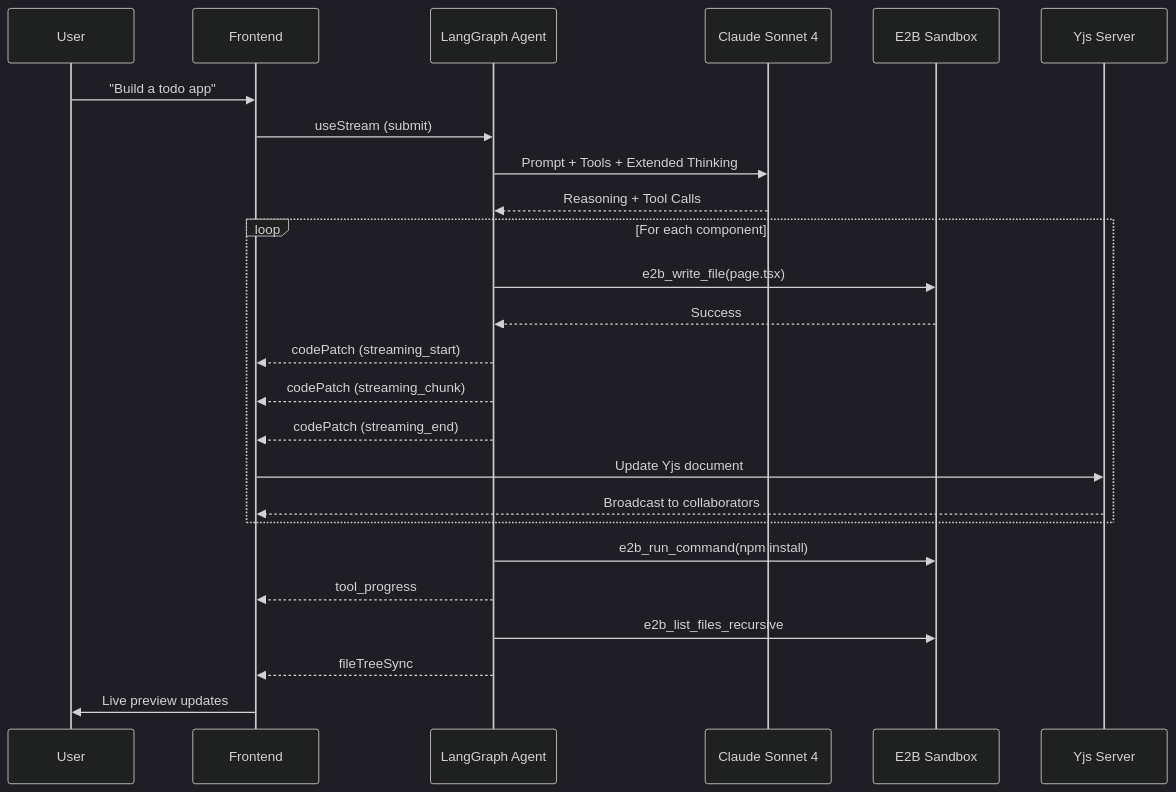
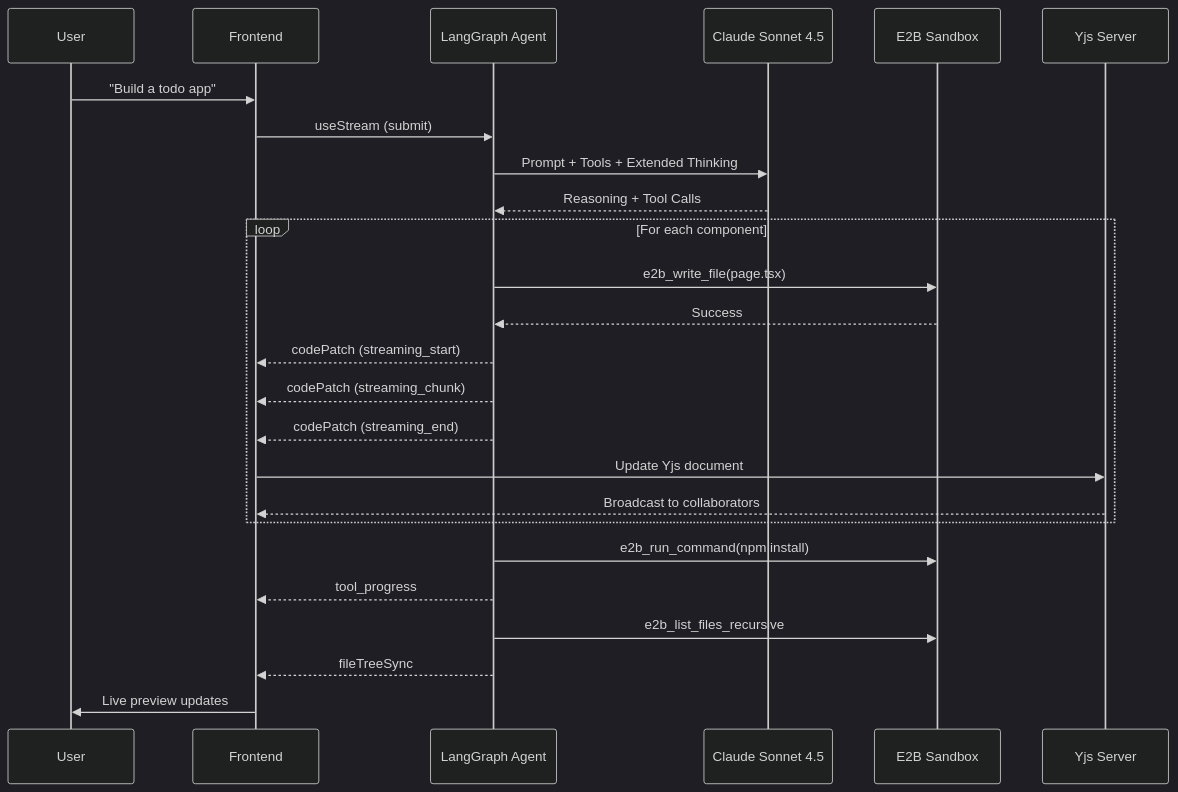
The second of 4 diagrams in README.md (kaifcoder/codevibe), drawn with Mermaid (dark theme) before and after one commit. The commit also changed other lines of this file, not shown here.

Commit message:
fix(README): update Claude version and enhance feature descriptions for clarity

````diff
--- a/README.md
+++ b/README.md
@@ -74,30 +78,30 @@
 ```mermaid
 sequenceDiagram
     participant U as User
     participant F as Frontend
     participant A as LangGraph Agent
-    participant C as Claude Sonnet 4
+    participant C as Claude Sonnet 4.5
     participant S as E2B Sandbox
     participant Y as Yjs Server
 
     U->>F: "Build a todo app"
     F->>A: useStream (submit)
     A->>C: Prompt + Tools + Extended Thinking
     C-->>A: Reasoning + Tool Calls
 
     loop For each component
         A->>S: e2b_write_file(page.tsx)
         S-->>A: Success
         A-->>F: codePatch (streaming_start)
         A-->>F: codePatch (streaming_chunk)
         A-->>F: codePatch (streaming_end)
         F->>Y: Update Yjs document
         Y-->>F: Broadcast to collaborators
     end
 
     A->>S: e2b_run_command(npm install)
     A-->>F: tool_progress
     A->>S: e2b_list_files_recursive
     A-->>F: fileTreeSync
     F->>U: Live preview updates
 ```
````
